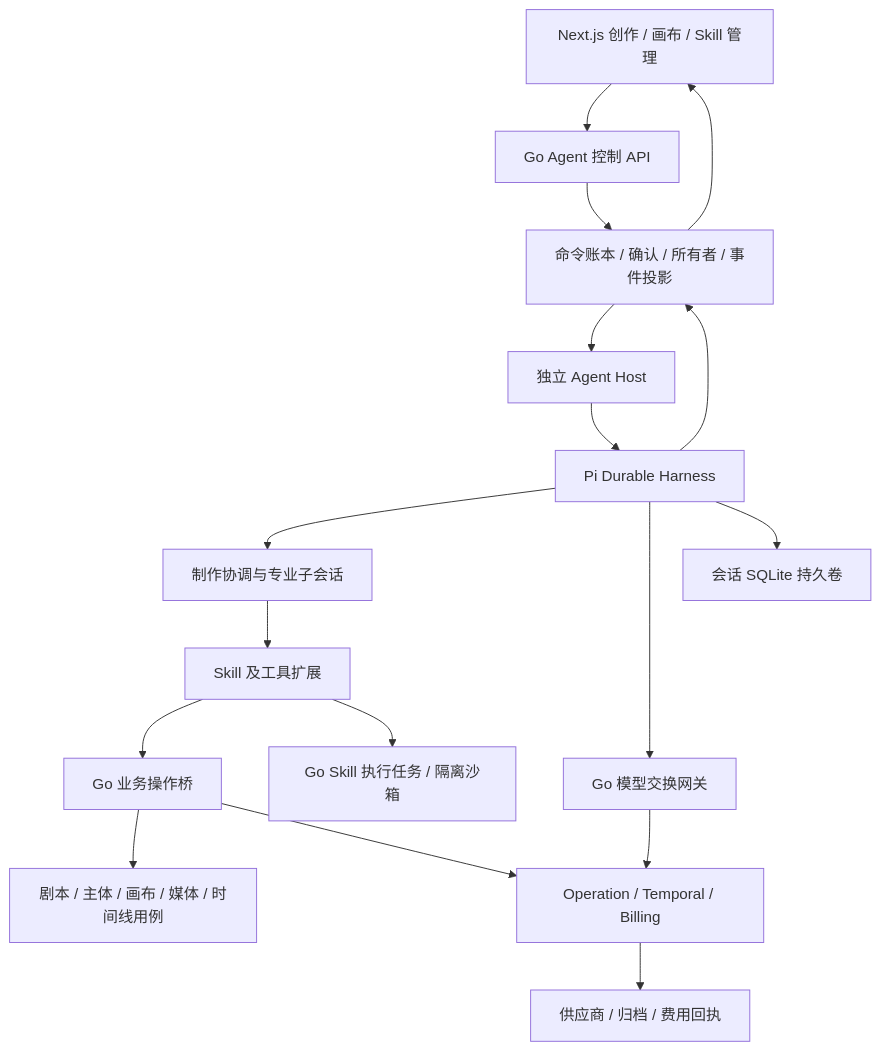
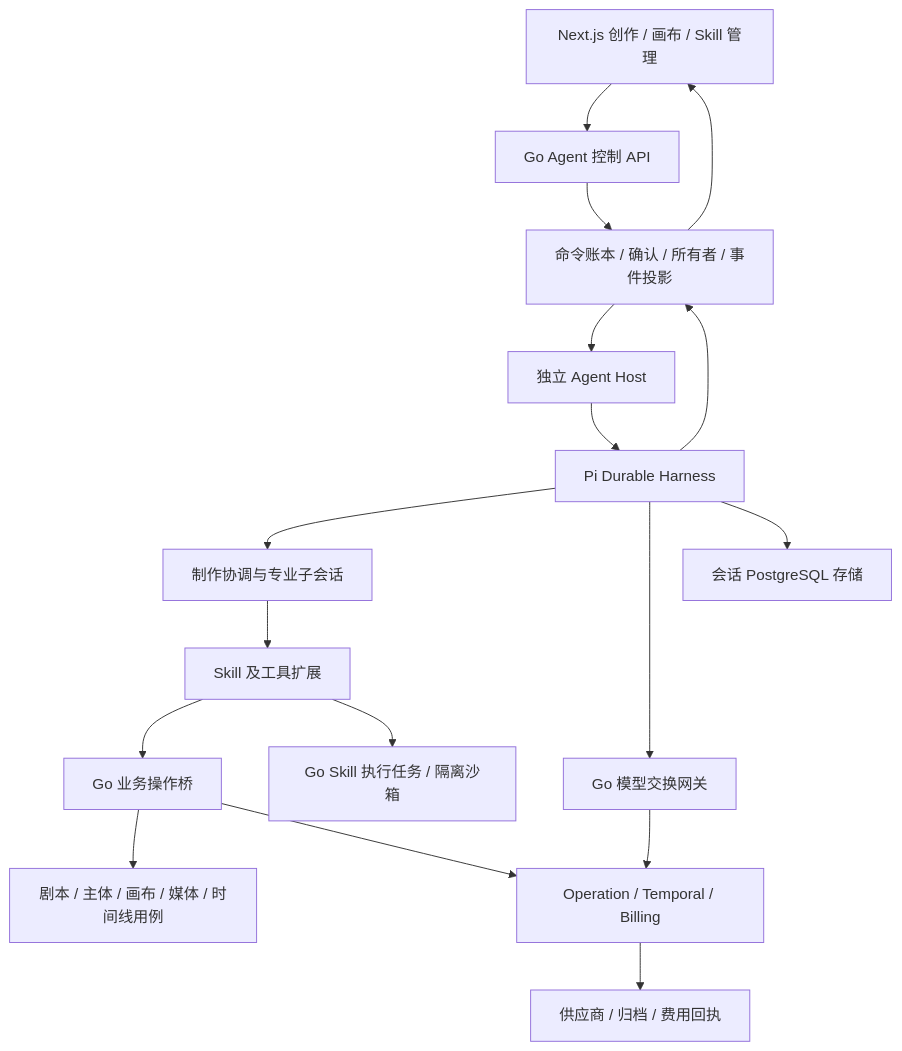
One commit to StephenQiu30/glowloom changed the diagram in docs/design/32-完整创作AgentHarness与Skill多Agent架构设计.md. Above: the diagram before and after it, drawn with Mermaid. The commit also changed other lines of this file and 49 other files, not shown here.

````diff
--- a/docs/design/32-完整创作AgentHarness与Skill多Agent架构设计.md
+++ b/docs/design/32-完整创作AgentHarness与Skill多Agent架构设计.md
@@ -61,19 +61,19 @@
 ```mermaid
 flowchart TD
     UI[Next.js 创作 / 画布 / Skill 管理] --> G[Go Agent 控制 API]
     G --> C[命令账本 / 确认 / 所有者 / 事件投影]
     C --> H[独立 Agent Host]
     H --> P[Pi Durable Harness]
     P --> A[制作协调与专业子会话]
     A --> K[Skill 及工具扩展]
     K --> B[Go 业务操作桥]
     P --> M[Go 模型交换网关]
     B --> D[剧本 / 主体 / 画布 / 媒体 / 时间线用例]
     B --> O[Operation / Temporal / Billing]
     M --> O
     O --> V[供应商 / 归档 / 费用回执]
     K --> S[Go Skill 执行任务 / 隔离沙箱]
-    P --> L[会话 SQLite 持久卷]
+    P --> L[会话 PostgreSQL 存储]
     P --> C
     C --> UI
 ```
````
